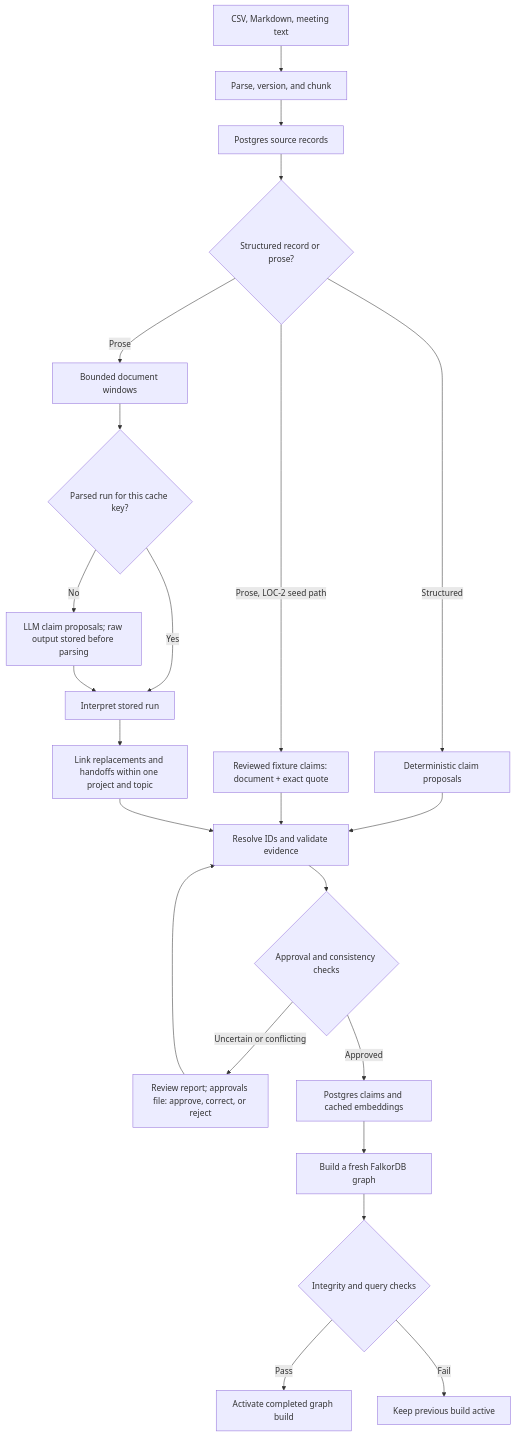
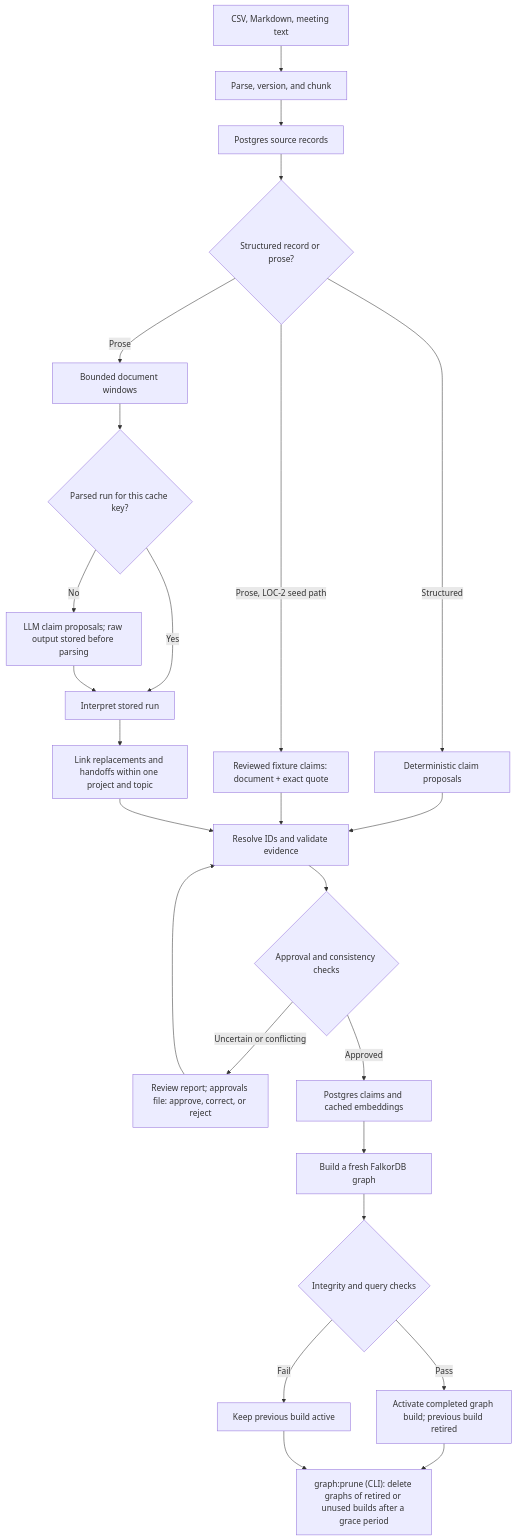
One commit to ameghcoder/company-brain changed the diagram in docs/design-flow/ingestion.md. Above: the diagram before and after it, drawn with Mermaid. The commit also changed other lines of this file and 18 other files, not shown here.

First line of the commit message:
#17 feat: question API limits and graph retention (graph:prune)

````diff
--- a/docs/design-flow/ingestion.md
+++ b/docs/design-flow/ingestion.md
@@ -12,25 +13,27 @@
 ```mermaid
 flowchart TD
     A["CSV, Markdown, meeting text"] --> B["Parse, version, and chunk"]
     B --> C["Postgres source records"]
     C --> D{"Structured record or prose?"}
     D -->|Structured| E["Deterministic claim proposals"]
     D -->|Prose| W["Bounded document windows"]
     D -->|"Prose, LOC-2 seed path"| R["Reviewed fixture claims: document + exact quote"]
     W --> X{"Parsed run for this cache key?"}
     X -->|No| F["LLM claim proposals; raw output stored before parsing"]
     X -->|Yes| P["Interpret stored run"]
     F --> P
     P --> LK["Link replacements and handoffs within one project and topic"]
     E --> G["Resolve IDs and validate evidence"]
     R --> G
     LK --> G
     G --> H{"Approval and consistency checks"}
     H -->|Uncertain or conflicting| I["Review report; approvals file: approve, correct, or reject"]
     I --> G
     H -->|Approved| J["Postgres claims and cached embeddings"]
     J --> K["Build a fresh FalkorDB graph"]
     K --> L{"Integrity and query checks"}
-    L -->|Pass| M["Activate completed graph build"]
+    L -->|Pass| M["Activate completed graph build; previous build retired"]
     L -->|Fail| N["Keep previous build active"]
+    M --> PR["graph:prune (CLI): delete graphs of retired or unused builds after a grace period"]
+    N --> PR
 ```
````
